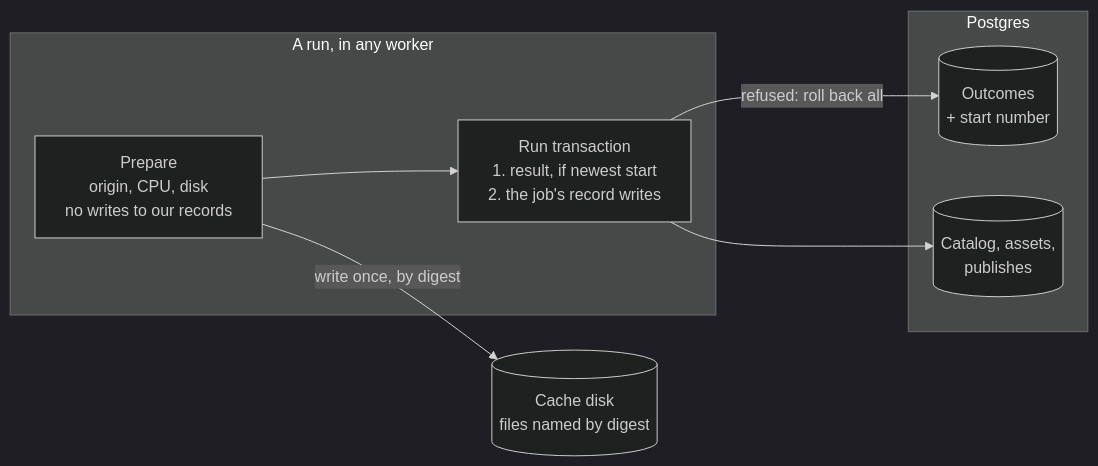
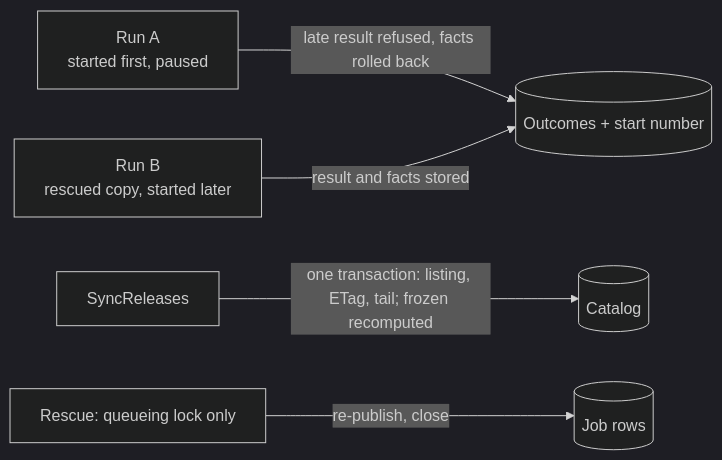
Before and after one commit to mcurcio/photo-wall: the first of 4 diagrams in docs/central-idempotent-jobs.md, drawn with Mermaid (dark theme). The commit also changed other lines of this file and 5 other files, not shown here.

````diff
--- a/docs/central-idempotent-jobs.md
+++ b/docs/central-idempotent-jobs.md
@@ -38,16 +37,7 @@
 ```mermaid
 graph LR
-  subgraph W["A run, in any worker"]
-    P["Prepare<br/>origin, CPU, disk<br/>no writes to our records"]
-    T["Run transaction<br/>1. result, if newest start<br/>2. the job's record writes"]
-    P --> T
-  end
-  subgraph PG["Postgres"]
-    O[("Outcomes<br/>+ start number")]
-    C[("Catalog, assets,<br/>publishes")]
-  end
-  D[("Cache disk<br/>files named by digest")]
-  P -- "write once, by digest" --> D
-  T -- "refused: roll back all" --> O
-  T --> C
+  A["Run A<br/>started first, paused"] -- "late result refused, facts rolled back" --> O
+  B["Run B<br/>rescued copy, started later"] -- "result and facts stored" --> O[("Outcomes + start number")]
+  S["SyncReleases"] -- "one transaction: listing, ETag, tail; frozen recomputed" --> C[("Catalog")]
+  R["Rescue: queueing lock only"] -- "re-publish, close" --> Q[("Job rows")]
 ```
````
